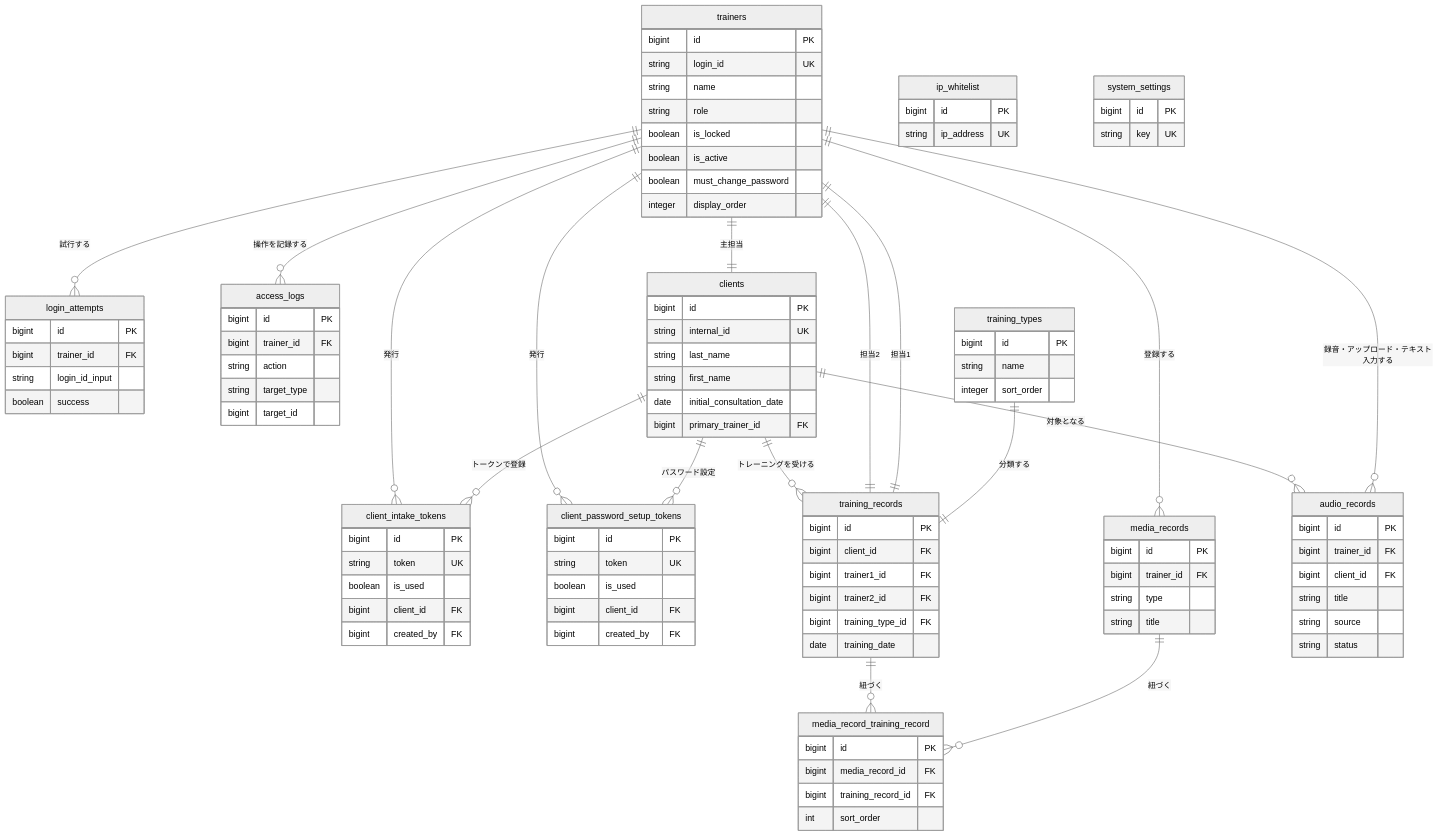
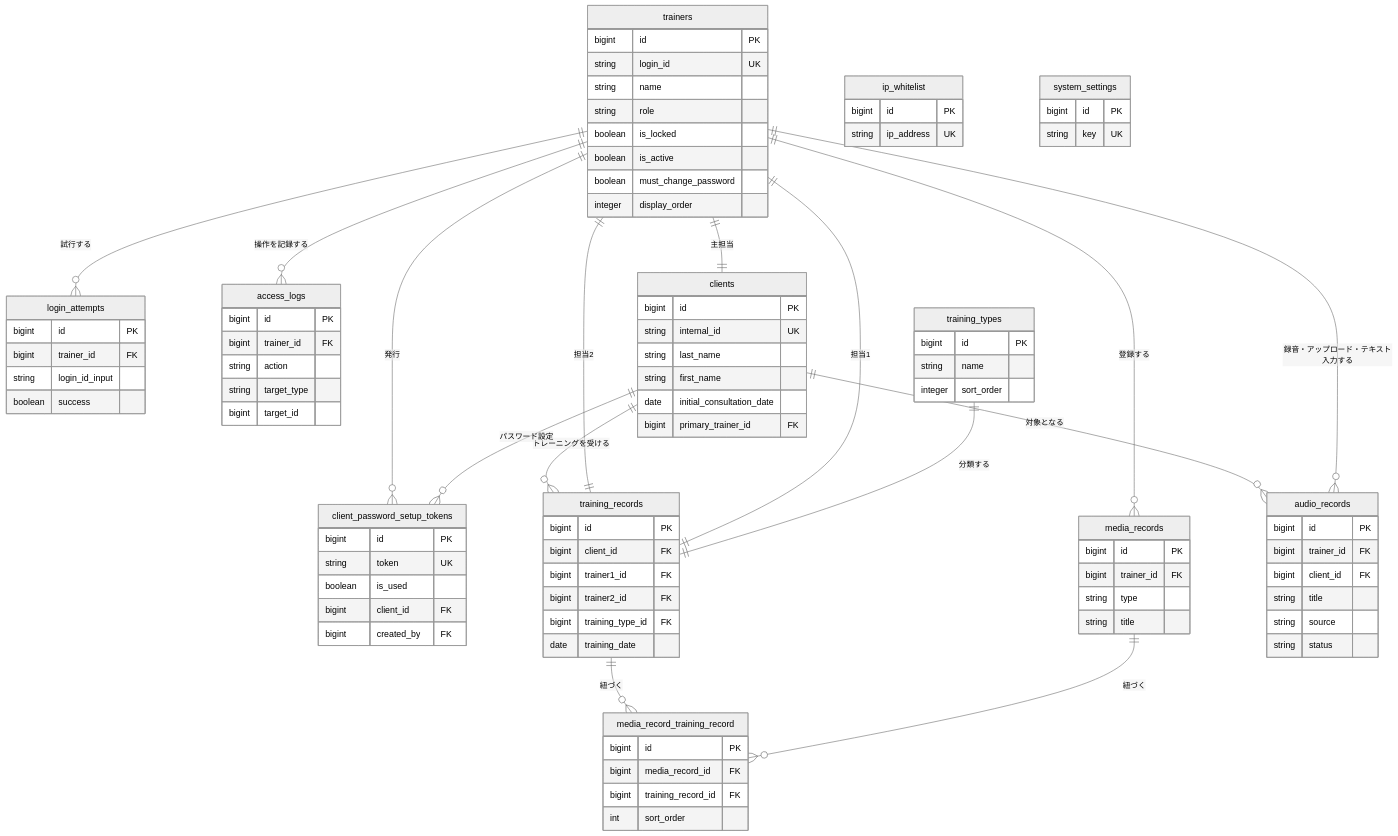
The diagram in docs/db-schema.md (y-ouchi-inmylife/training-record-system), drawn with Mermaid (neutral theme) before and after one commit. The commit also changed other lines of this file and 4 other files, not shown here.

First line of the commit message:
docs: remove the client intake url feature

````diff
--- a/docs/db-schema.md
+++ b/docs/db-schema.md
@@ -61,14 +61,6 @@
         string first_name
         date initial_consultation_date
         bigint primary_trainer_id FK
-    }
-
-    client_intake_tokens {
-        bigint id PK
-        string token UK
-        boolean is_used
-        bigint client_id FK
-        bigint created_by FK
     }
 
     client_password_setup_tokens {
@@ -145,8 +137,6 @@
     trainers ||--o{ audio_records : "録音・アップロード・テキスト入力する"
 
     clients ||--o{ audio_records : "対象となる"
-    clients ||--o{ client_intake_tokens : "トークンで登録"
-    trainers ||--o{ client_intake_tokens : "発行"
     clients ||--o{ client_password_setup_tokens : "パスワード設定"
     trainers ||--o{ client_password_setup_tokens : "発行"
 ```
````
